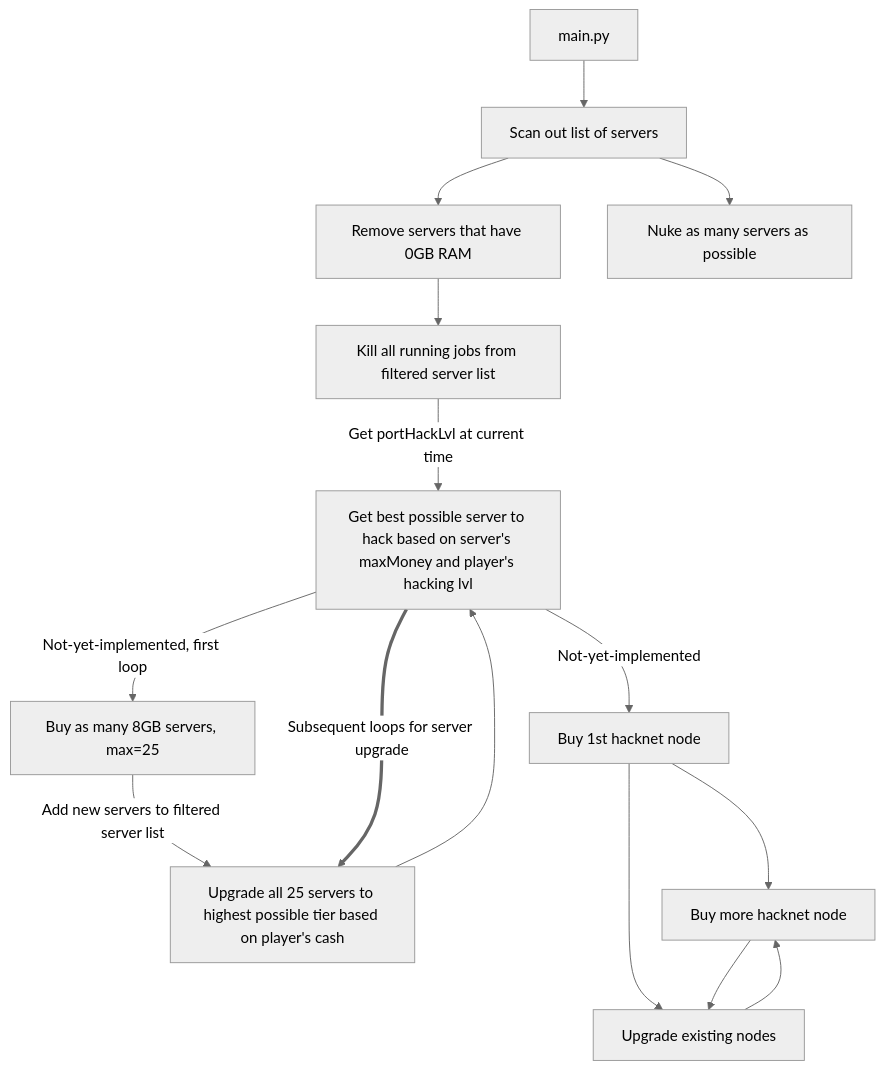
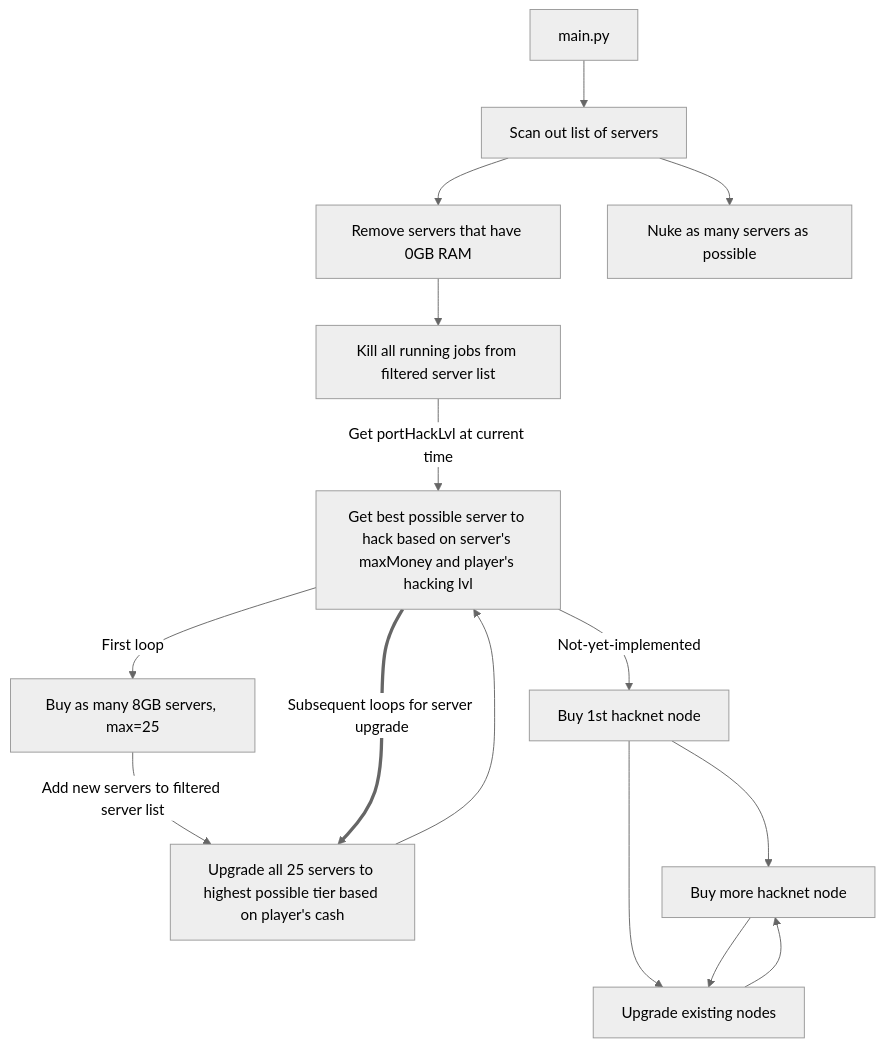
The diagram in src/README_ts.md (chuanseng-ng/BitBurner-Scripts), drawn with Mermaid (neutral theme) before and after one commit.

````diff
--- a/src/README_ts.md
+++ b/src/README_ts.md
@@ -13,17 +13,17 @@
 ``` mermaid
 graph TD;
     A[main.py] --> B[Scan out list of servers];
     B --> C[Remove servers that have 0GB RAM];
     B --> D[Nuke as many servers as possible];
     C --> E[Kill all running jobs from filtered server list];
     E --> |Get portHackLvl at current time| F[Get best possible server to hack based on server's maxMoney and player's hacking lvl];
-    F --> |Not-yet-implemented, first loop| G[Buy as many 8GB servers, max=25]
+    F --> |First loop| G[Buy as many 8GB servers, max=25]
     G --> |Add new servers to filtered server list| H[Upgrade all 25 servers to highest possible tier based on player's cash]
     H --> F
     F ==> |Subsequent loops for server upgrade| H
     F --> |Not-yet-implemented| I[Buy 1st hacknet node]
     I --> J[Buy more hacknet node]
     I --> K[Upgrade existing nodes]
     J --> K
     K --> J
 ```
````
